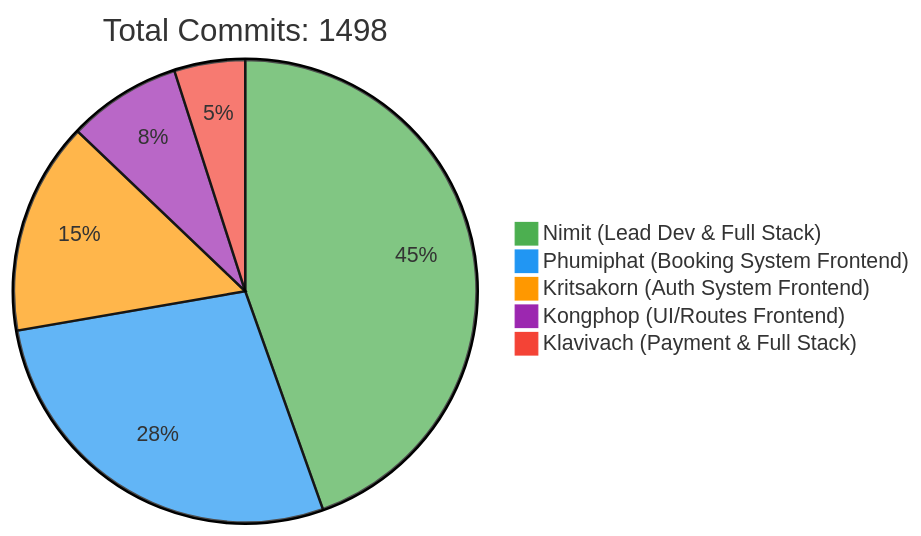
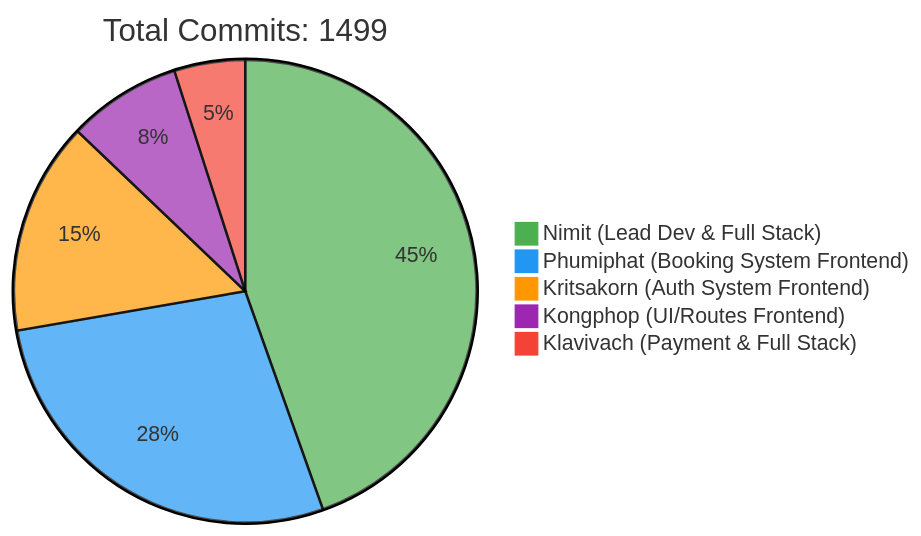
The first of 2 diagrams in README.md (6531503042/Sport-Complex), drawn with Mermaid before and after one commit. The commit also changed other lines of this file, not shown here.

Commit message:
docs: Update contributor statistics [skip ci]

````diff
--- a/README.md
+++ b/README.md
@@ -257,10 +257,10 @@
 ```mermaid
 %%{init: {'theme': 'base', 'themeVariables': { 'pie1': '#4CAF50', 'pie2': '#2196F3', 'pie3': '#FF9800', 'pie4': '#9C27B0', 'pie5': '#F44336'}}}%%
 pie
-    title Total Commits: 1498
+    title Total Commits: 1499
     "Nimit (Lead Dev & Full Stack)" : 450
     "Phumiphat (Booking System Frontend)" : 280
     "Kritsakorn (Auth System Frontend)" : 150
     "Kongphop (UI/Routes Frontend)" : 80
     "Klavivach (Payment & Full Stack)" : 50
 ```
````
